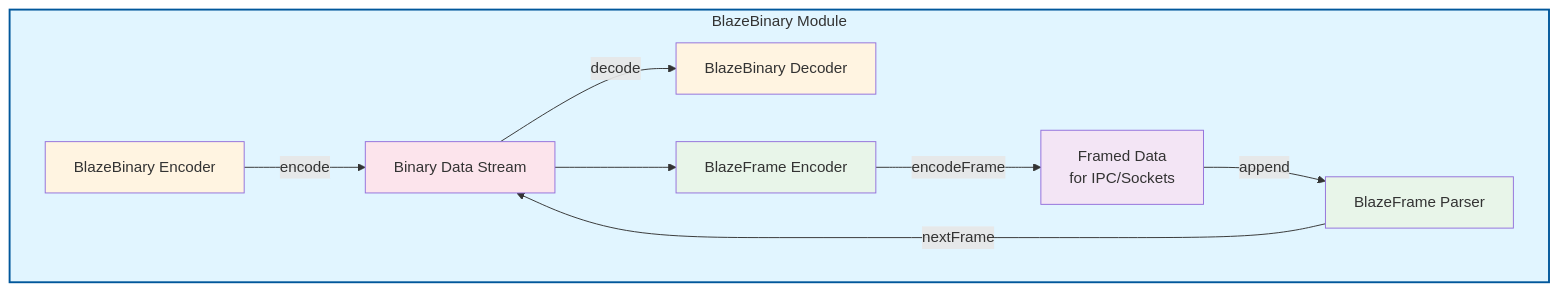
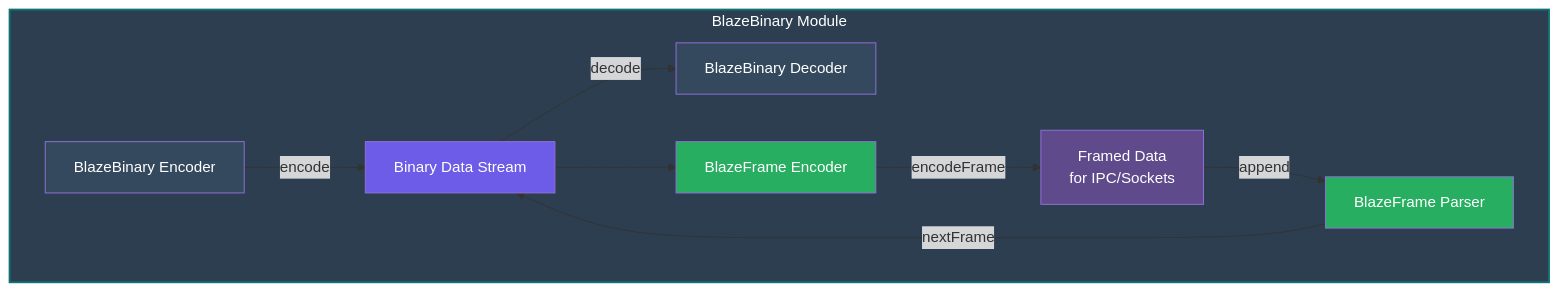
One commit to Mikedan37/BlazeBinary changed the first of 19 diagrams in README.md. Above: the diagram before and after it, drawn with Mermaid. The commit also changed other lines of this file and 11 other files, not shown here.

First line of the commit message:
Improve Mermaid diagrams and code display formatting

````diff
--- a/README.md
+++ b/README.md
@@ -133,26 +133,26 @@
 ```mermaid
 graph TB
     subgraph Module["BlazeBinary Module"]
         Encoder[BlazeBinary Encoder]
         Decoder[BlazeBinary Decoder]
         BinaryStream[Binary Data Stream]
         FrameEnc[BlazeFrame Encoder]
         FramePars[BlazeFrame Parser]
         FramedData[Framed Data<br/>for IPC/Sockets]
         
         Encoder -->|encode| BinaryStream
         BinaryStream -->|decode| Decoder
         BinaryStream --> FrameEnc
         FrameEnc -->|encodeFrame| FramedData
         FramedData -->|append| FramePars
         FramePars -->|nextFrame| BinaryStream
     end
     
-    style Module fill:#e1f5ff,stroke:#01579b,stroke-width:2px
-    style Encoder fill:#fff4e1
-    style Decoder fill:#fff4e1
-    style FrameEnc fill:#e8f5e9
-    style FramePars fill:#e8f5e9
-    style BinaryStream fill:#fce4ec
-    style FramedData fill:#f3e5f5
+    style Module fill:#2c3e50,stroke:#0d7377,stroke-width:2px,color:#ffffff
+    style Encoder fill:#34495e,color:#ffffff
+    style Decoder fill:#34495e,color:#ffffff
+    style FrameEnc fill:#27ae60,color:#ffffff
+    style FramePars fill:#27ae60,color:#ffffff
+    style BinaryStream fill:#6c5ce7,color:#ffffff
+    style FramedData fill:#5f4b8b,color:#ffffff
 ```
````
